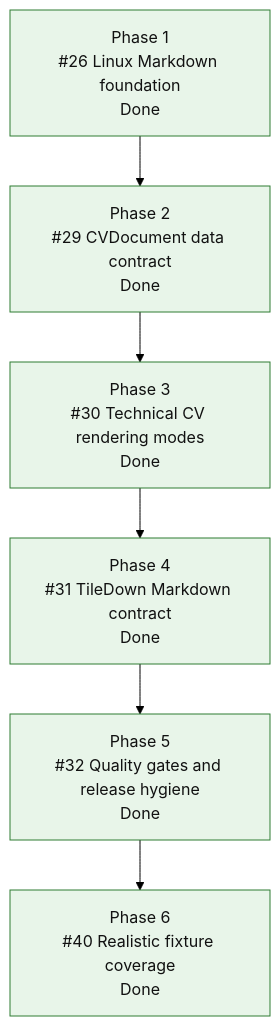
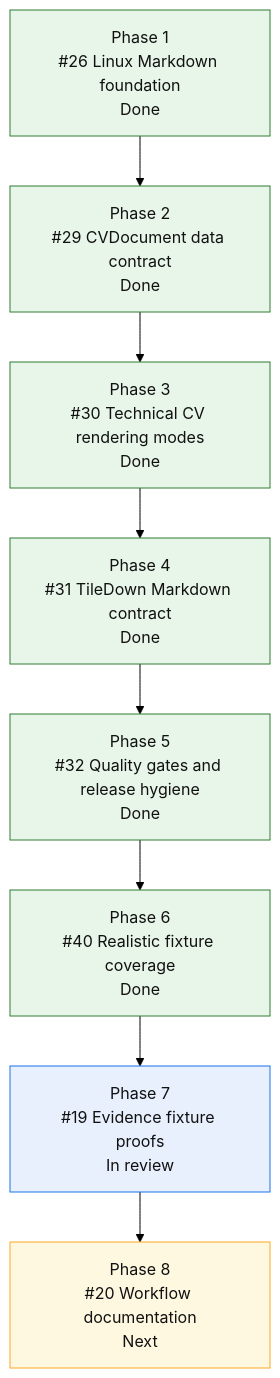
The diagram in README.md (mihaelamj/cvbuilder), drawn with Mermaid (forest theme) before and after one commit. The commit also changed other lines of this file and 8 other files, not shown here.

````diff
--- a/README.md
+++ b/README.md
@@ -152,20 +154,24 @@
 ```mermaid
 flowchart TD
     P1["Phase 1<br/>#26 Linux Markdown foundation<br/>Done"]
     P2["Phase 2<br/>#29 CVDocument data contract<br/>Done"]
     P3["Phase 3<br/>#30 Technical CV rendering modes<br/>Done"]
     P4["Phase 4<br/>#31 TileDown Markdown contract<br/>Done"]
     P5["Phase 5<br/>#32 Quality gates and release hygiene<br/>Done"]
     P6["Phase 6<br/>#40 Realistic fixture coverage<br/>Done"]
+    P7["Phase 7<br/>#19 Evidence fixture proofs<br/>In review"]
+    P8["Phase 8<br/>#20 Workflow documentation<br/>Next"]
 
-    P1 --> P2 --> P3 --> P4 --> P5 --> P6
+    P1 --> P2 --> P3 --> P4 --> P5 --> P6 --> P7 --> P8
 
     classDef done fill:#e8f5e9,stroke:#2e7d32,color:#111;
     classDef active fill:#fff3e0,stroke:#ef6c00,color:#111;
     classDef review fill:#e8f0fe,stroke:#1a73e8,color:#111;
     classDef next fill:#fff8e1,stroke:#f9a825,color:#111;
     classDef partial fill:#e0f7fa,stroke:#00838f,color:#111;
     classDef todo fill:#eef3ff,stroke:#3367d6,color:#111;
     class P1,P2,P3,P4 done;
     class P5,P6 done;
+    class P7 review;
+    class P8 next;
 ```
````
